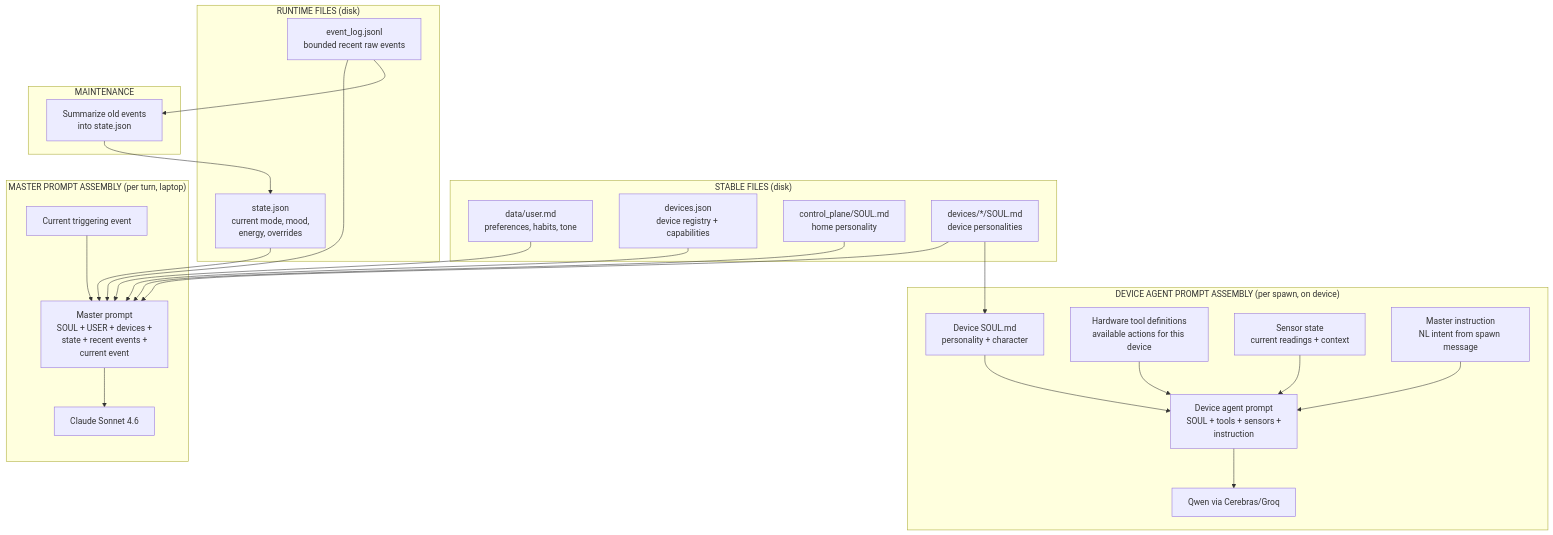
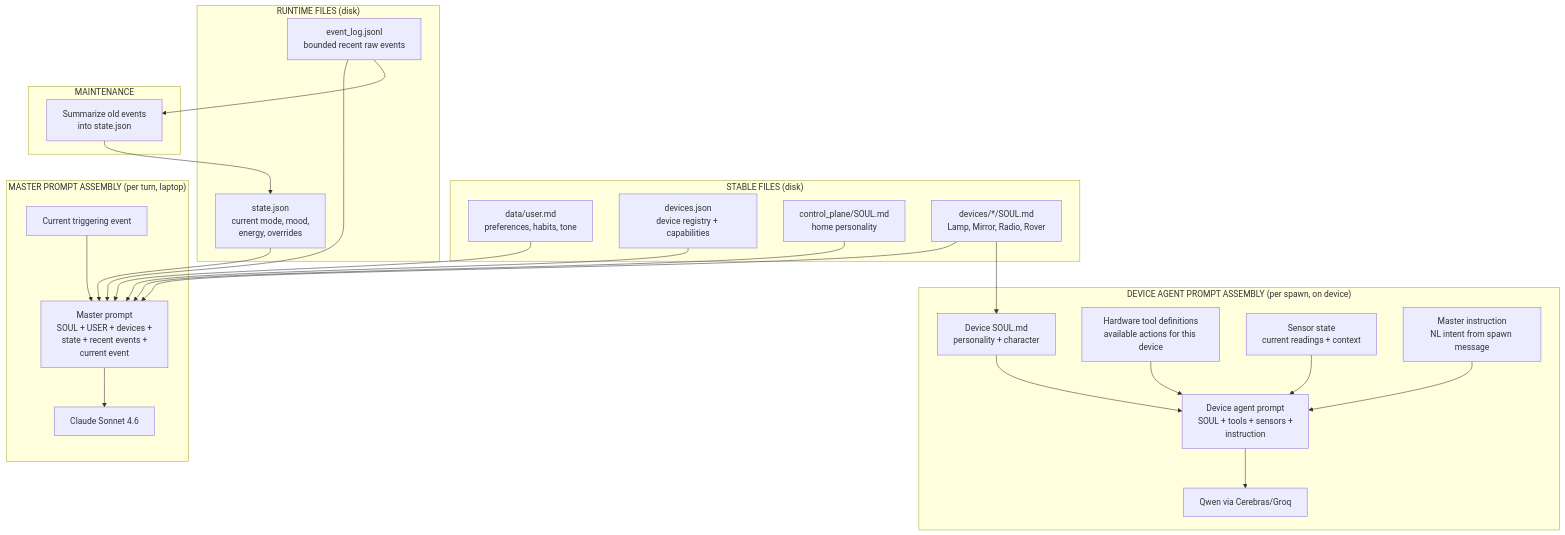
Before and after one commit to matthieujules/MIT-HARDMODE-WINNER: the diagram in docs/architecture/memory-architecture.mmd, drawn with Mermaid. The commit also changed 17 other files, not shown here.

```diff
--- a/docs/architecture/memory-architecture.mmd
+++ b/docs/architecture/memory-architecture.mmd
@@ -1,53 +1,53 @@
 graph TB
     subgraph STABLE["STABLE FILES (disk)"]
         user["data/user.md<br/>preferences, habits, tone"]
         devices["devices.json<br/>device registry + capabilities"]
         master_soul["control_plane/SOUL.md<br/>home personality"]
-        device_souls["devices/*/SOUL.md<br/>device personalities"]
+        device_souls["devices/*/SOUL.md<br/>Lamp, Mirror, Radio, Rover"]
     end
 
     subgraph RUNTIME["RUNTIME FILES (disk)"]
         state["state.json<br/>current mode, mood,<br/>energy, overrides"]
         events["event_log.jsonl<br/>bounded recent raw events"]
     end
 
     subgraph MASTER_TURN["MASTER PROMPT ASSEMBLY (per turn, laptop)"]
         m_current["Current triggering event"]
         m_prompt["Master prompt<br/>SOUL + USER + devices +<br/>state + recent events +<br/>current event"]
         m_model["Claude Sonnet 4.6"]
     end
 
     subgraph DEVICE_TURN["DEVICE AGENT PROMPT ASSEMBLY (per spawn, on device)"]
         d_soul["Device SOUL.md<br/>personality + character"]
         d_tools["Hardware tool definitions<br/>available actions for this device"]
         d_sensors["Sensor state<br/>current readings + context"]
         d_instruction["Master instruction<br/>NL intent from spawn message"]
         d_prompt["Device agent prompt<br/>SOUL + tools + sensors +<br/>instruction"]
         d_model["Qwen via Cerebras/Groq"]
     end
 
     subgraph MAINT["MAINTENANCE"]
         summarize["Summarize old events<br/>into state.json"]
     end
 
     %% Master prompt assembly
     user --> m_prompt
     devices --> m_prompt
     master_soul --> m_prompt
     device_souls --> m_prompt
     state --> m_prompt
     events --> m_prompt
     m_current --> m_prompt
     m_prompt --> m_model
 
     %% Device agent prompt assembly
     device_souls --> d_soul
     d_soul --> d_prompt
     d_tools --> d_prompt
     d_sensors --> d_prompt
     d_instruction --> d_prompt
     d_prompt --> d_model
 
     %% Maintenance
     events --> summarize
     summarize --> state
```
